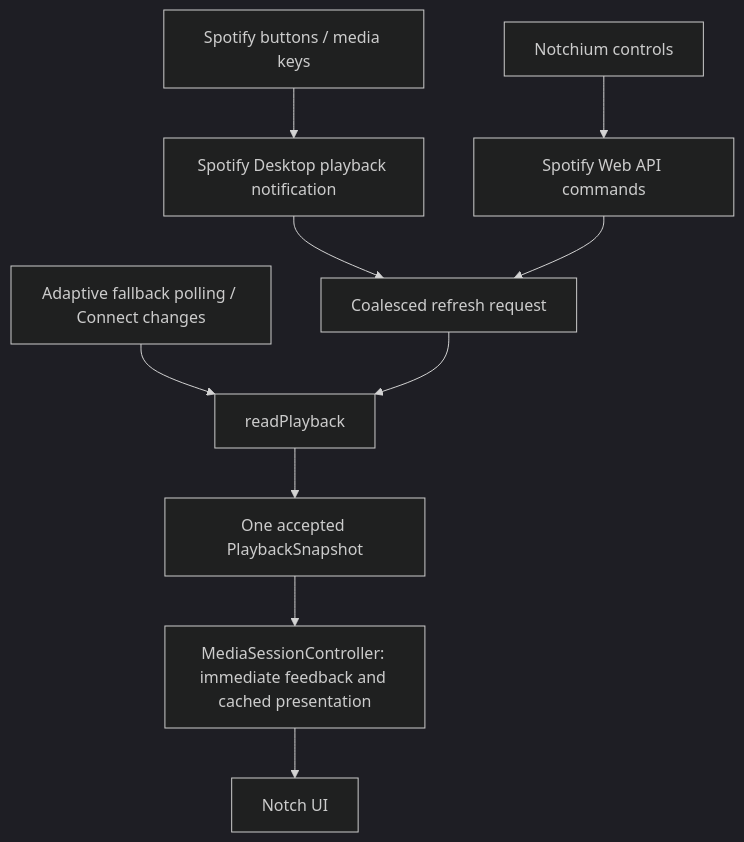
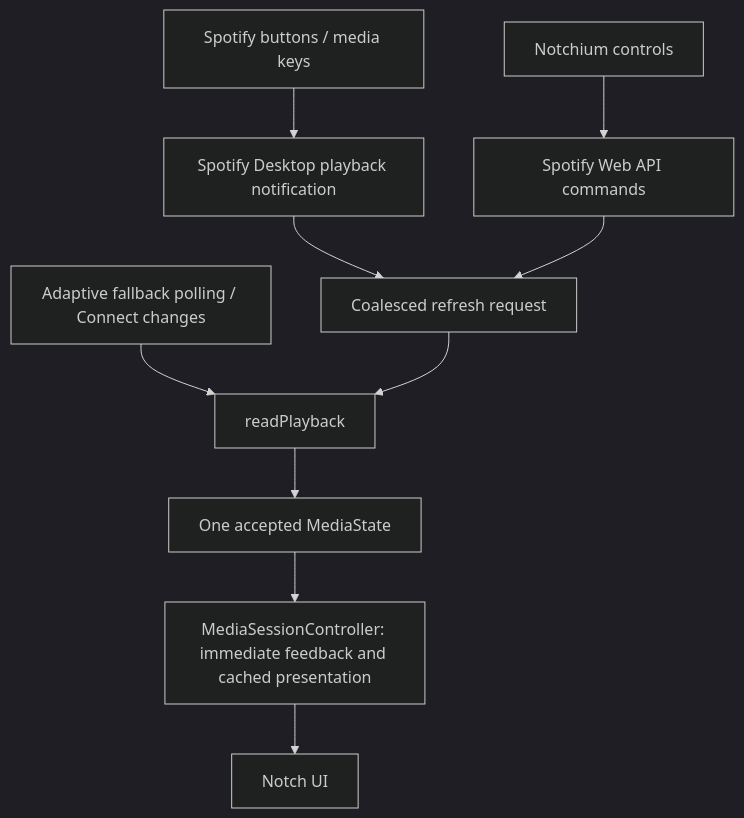
Before and after one commit to Marcus-Yu/notchium: the diagram in docs/SPOTIFY_PLAYBACK_PIPELINE.md, drawn with Mermaid (dark theme). The commit also changed other lines of this file, not shown here.

Commit message:
Document canonical media snapshot pipeline

````diff
--- a/docs/SPOTIFY_PLAYBACK_PIPELINE.md
+++ b/docs/SPOTIFY_PLAYBACK_PIPELINE.md
@@ -11,12 +10,12 @@
 ```mermaid
 flowchart TD
     Controls[Notchium controls] --> Transport[Spotify Web API commands]
     Desktop[Spotify buttons / media keys] --> Events[Spotify Desktop playback notification]
     Events --> Refresh[Coalesced refresh request]
     Transport --> Refresh
     Poll[Adaptive fallback polling / Connect changes] --> Read[readPlayback]
     Refresh --> Read
-    Read --> Snapshot[One accepted PlaybackSnapshot]
+    Read --> Snapshot[One accepted MediaState]
     Snapshot --> Presentation[MediaSessionController: immediate feedback and cached presentation]
     Presentation --> UI[Notch UI]
 ```
````
